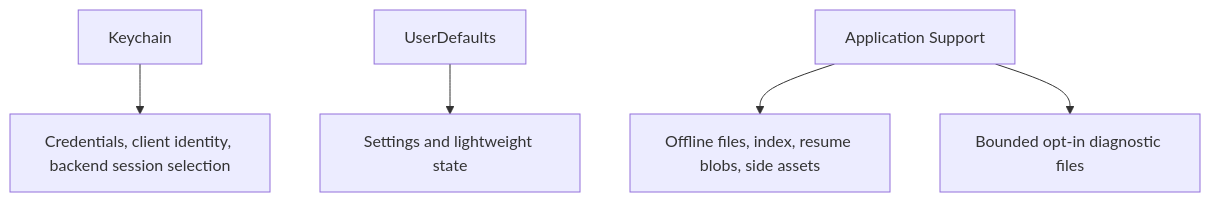
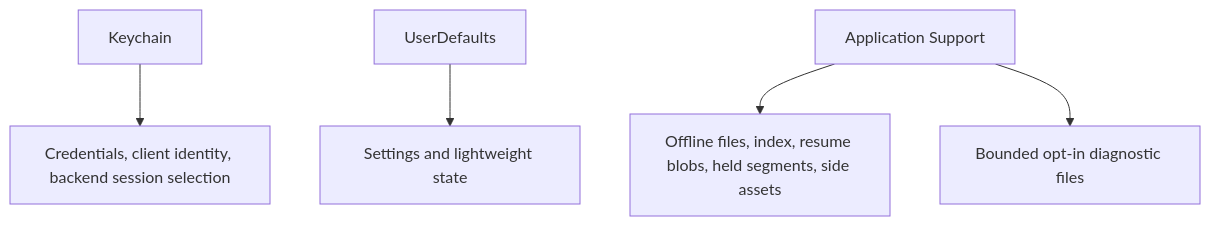
The diagram in docs/PERSISTENCE.md (jlipworth/Labstream), drawn with Mermaid before and after one commit. The commit also changed other lines of this file and 21 other files, not shown here.

````diff
--- a/docs/PERSISTENCE.md
+++ b/docs/PERSISTENCE.md
@@ -5,9 +5,9 @@
 ```mermaid
 flowchart TD
   accTitle: Persistence boundaries
-  accDescr: Credentials and client identity live in Keychain, preferences in UserDefaults, and offline media plus bounded diagnostic artifacts in Application Support.
+  accDescr: Credentials and client identity live in Keychain, preferences in UserDefaults, and offline media including durable held range bodies plus bounded diagnostic artifacts in Application Support.
   Keychain[Keychain] --> Sessions[Credentials, client identity, backend session selection]
   Defaults[UserDefaults] --> Prefs[Settings and lightweight state]
-  Support[Application Support] --> Downloads[Offline files, index, resume blobs, side assets]
+  Support[Application Support] --> Downloads[Offline files, index, resume blobs, held segments, side assets]
   Support --> Diagnostics[Bounded opt-in diagnostic files]
 ```
````
